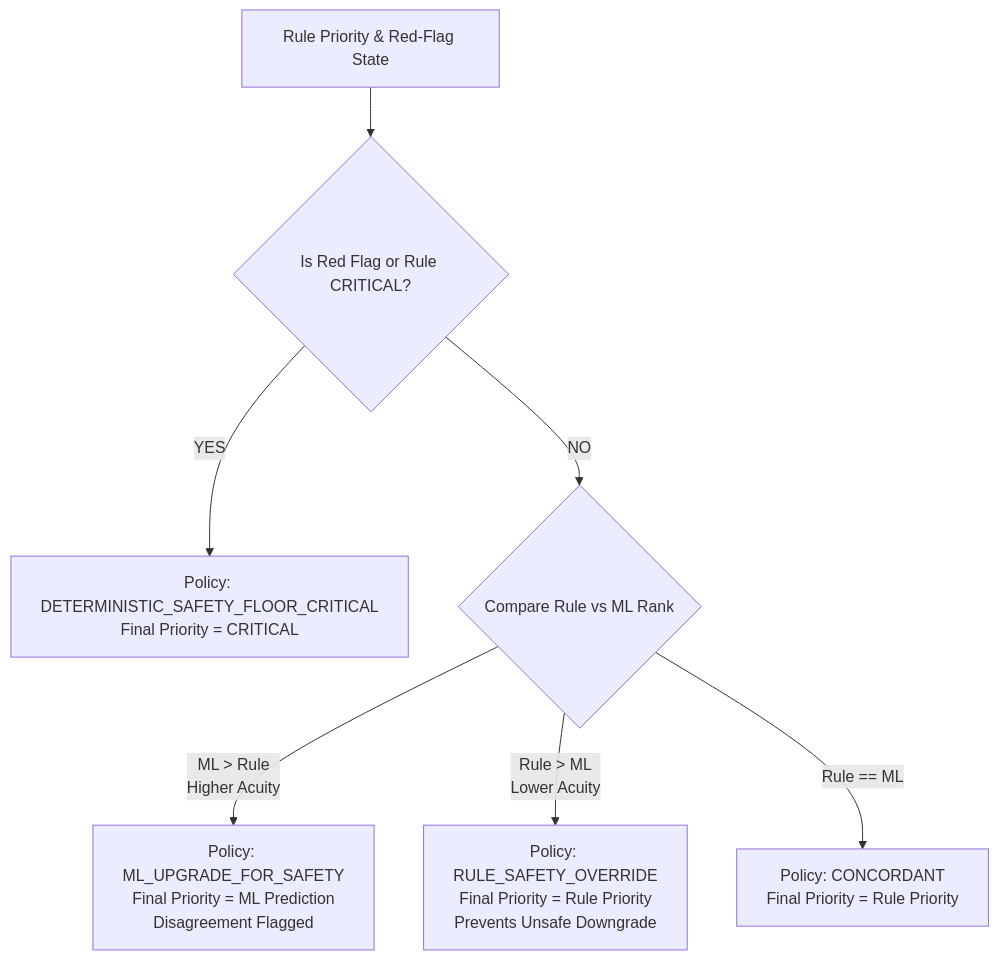
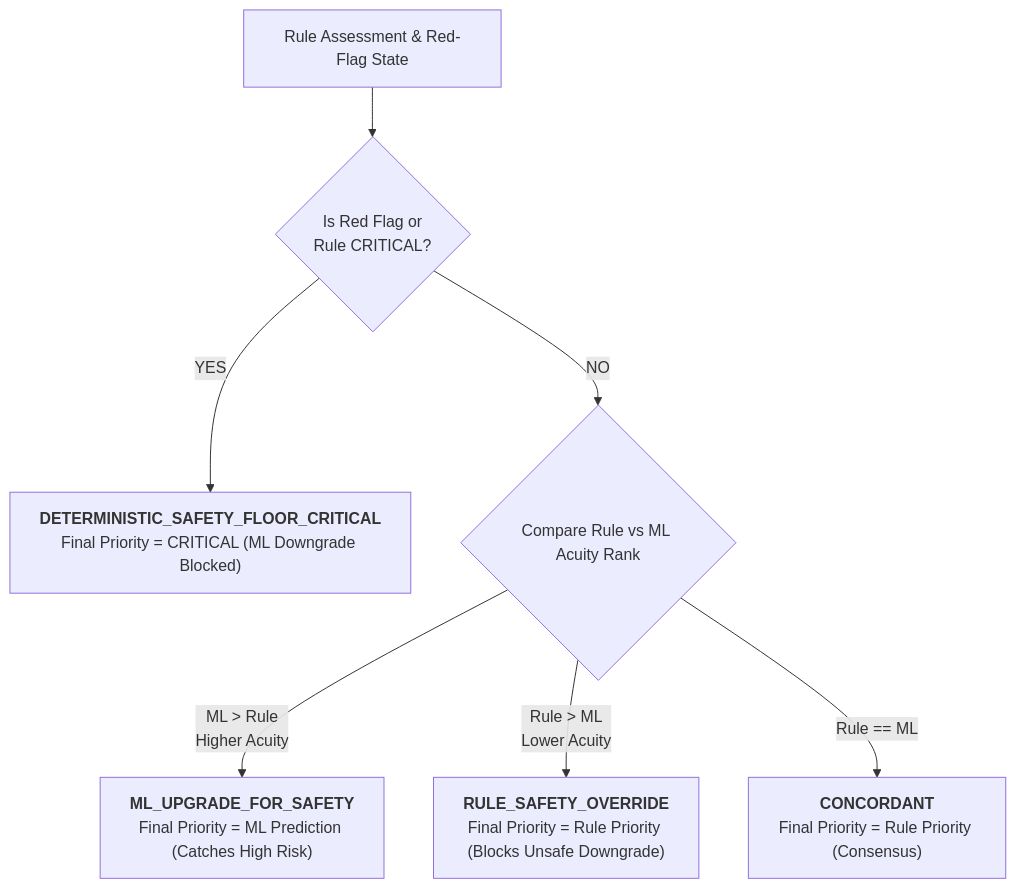
Before and after one commit to sahilsheoran999/patient_triage: the third of 4 diagrams in docs/PatientTriage_Submission.md, drawn with Mermaid. The commit also changed other lines of this file and 2 other files, not shown here.

````diff
--- a/docs/PatientTriage_Submission.md
+++ b/docs/PatientTriage_Submission.md
@@ -315,9 +348,9 @@
 ```mermaid
 graph TD
-    R[Rule Priority & Red-Flag State] --> Gate{Is Red Flag or Rule CRITICAL?}
-    Gate -->|YES| S1[Policy: DETERMINISTIC_SAFETY_FLOOR_CRITICAL<br>Final Priority = CRITICAL]
-    Gate -->|NO| Cmp{Compare Rule vs ML Rank}
-    Cmp -->|ML > Rule<br>Higher Acuity| S2[Policy: ML_UPGRADE_FOR_SAFETY<br>Final Priority = ML Prediction<br>Disagreement Flagged]
-    Cmp -->|Rule > ML<br>Lower Acuity| S3[Policy: RULE_SAFETY_OVERRIDE<br>Final Priority = Rule Priority<br>Prevents Unsafe Downgrade]
-    Cmp -->|Rule == ML| S4[Policy: CONCORDANT<br>Final Priority = Rule Priority]
+    R[Rule Assessment & Red-Flag State] --> Gate{Is Red Flag or<br>Rule CRITICAL?}
+    Gate -->|YES| S1["<b>DETERMINISTIC_SAFETY_FLOOR_CRITICAL</b><br>Final Priority = CRITICAL (ML Downgrade Blocked)"]
+    Gate -->|NO| Cmp{Compare Rule vs ML Acuity Rank}
+    Cmp -->|ML > Rule<br>Higher Acuity| S2["<b>ML_UPGRADE_FOR_SAFETY</b><br>Final Priority = ML Prediction (Catches High Risk)"]
+    Cmp -->|Rule > ML<br>Lower Acuity| S3["<b>RULE_SAFETY_OVERRIDE</b><br>Final Priority = Rule Priority (Blocks Unsafe Downgrade)"]
+    Cmp -->|Rule == ML| S4["<b>CONCORDANT</b><br>Final Priority = Rule Priority (Consensus)"]
 ```
````
